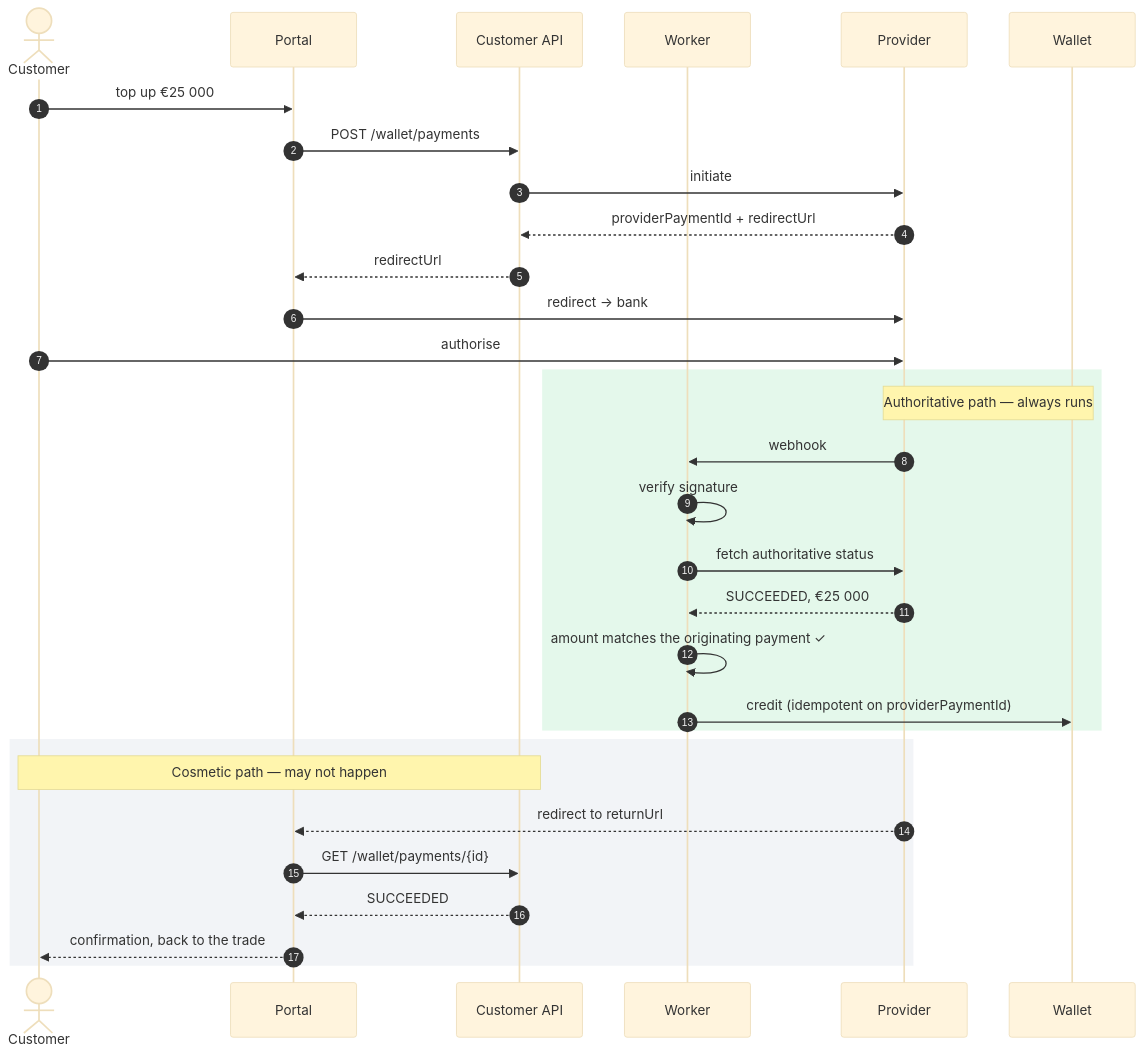
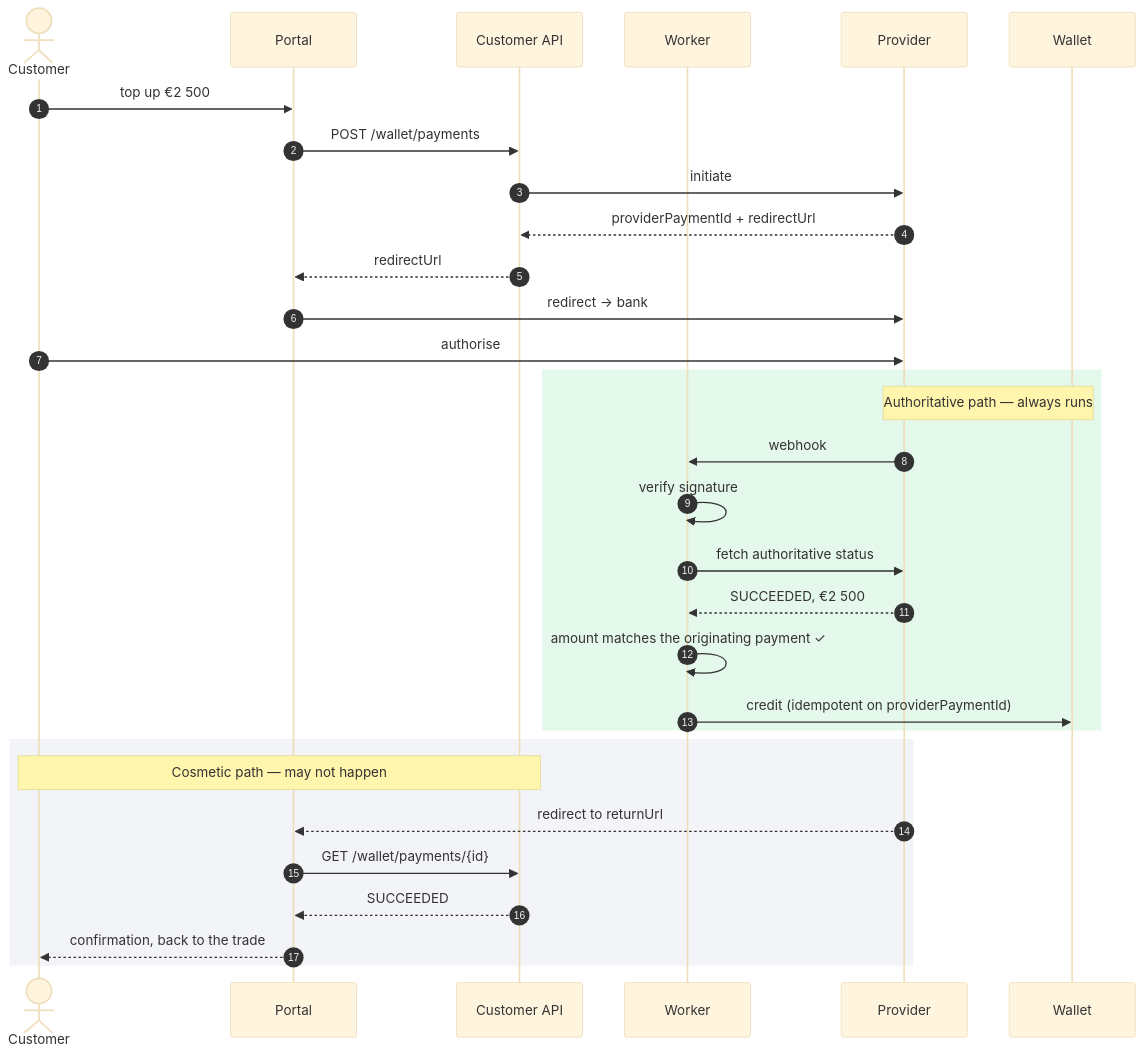
Before and after one commit to lukastosic-ifd/peakpowerspecs: the second of 5 diagrams in specs/40-processes/03-wallet-topup-flow.md, drawn with Mermaid (base theme). The commit also changed other lines of this file and 66 other files, not shown here.

````diff
--- a/specs/40-processes/03-wallet-topup-flow.md
+++ b/specs/40-processes/03-wallet-topup-flow.md
@@ -51,36 +133,36 @@
 ```mermaid
 sequenceDiagram
     autonumber
     actor C as Customer
     participant P as Portal
     participant API as Customer API
     participant W as Worker
     participant PSP as Provider
     participant WAL as Wallet
 
-    C->>P: top up €25 000
+    C->>P: top up €2 500
     P->>API: POST /wallet/payments
     API->>PSP: initiate
     PSP-->>API: providerPaymentId + redirectUrl
     API-->>P: redirectUrl
     P->>PSP: redirect → bank
     C->>PSP: authorise
 
     rect rgba(34,197,94,0.12)
         Note over PSP,WAL: Authoritative path — always runs
         PSP->>W: webhook
         W->>W: verify signature
         W->>PSP: fetch authoritative status
-        PSP-->>W: SUCCEEDED, €25 000
+        PSP-->>W: SUCCEEDED, €2 500
         W->>W: amount matches the originating payment ✓
         W->>WAL: credit (idempotent on providerPaymentId)
     end
 
     rect rgba(148,163,184,0.12)
         Note over C,API: Cosmetic path — may not happen
         PSP-->>P: redirect to returnUrl
         P->>API: GET /wallet/payments/{id}
         API-->>P: SUCCEEDED
         P-->>C: confirmation, back to the trade
     end
 ```
````
